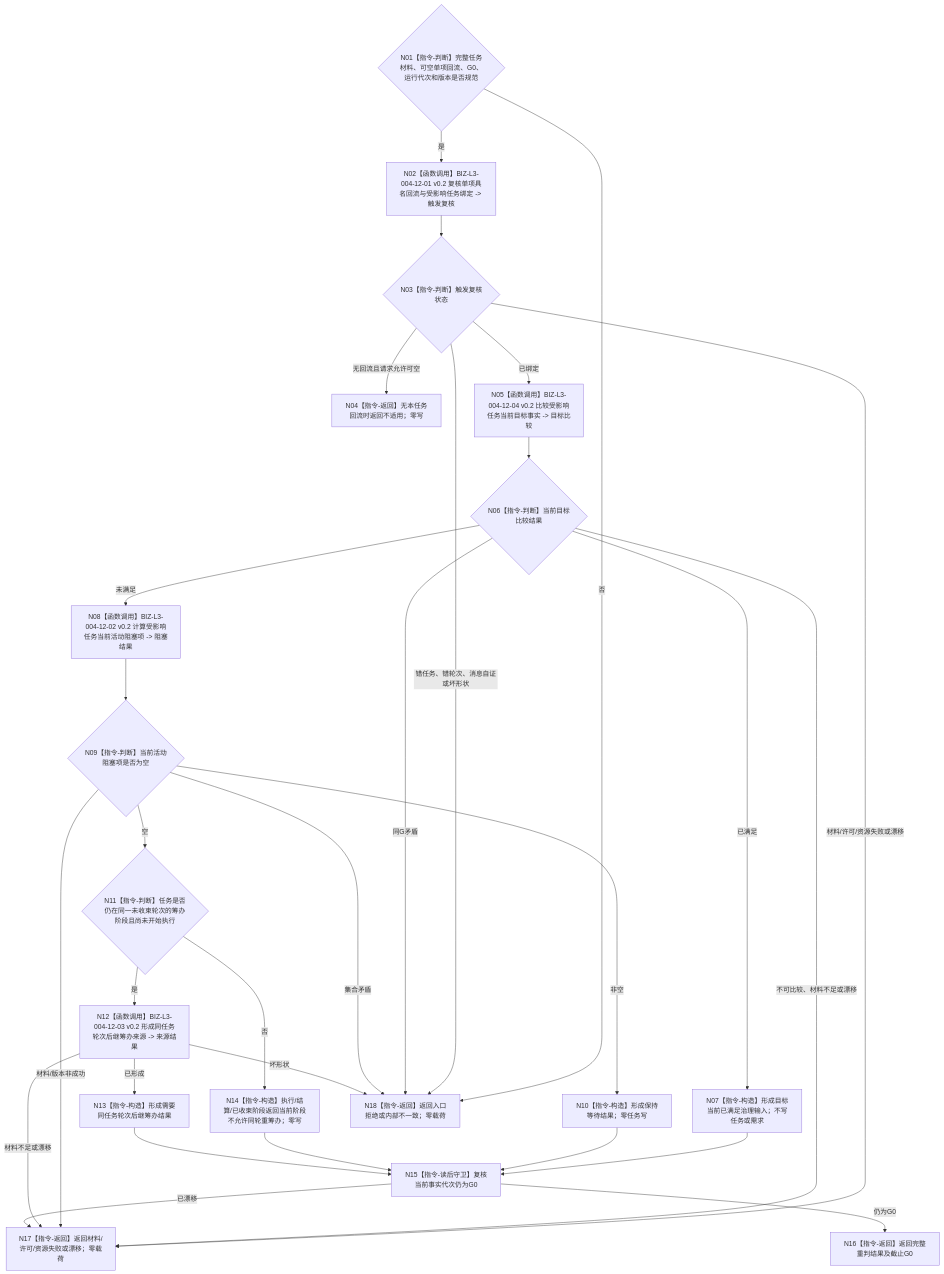
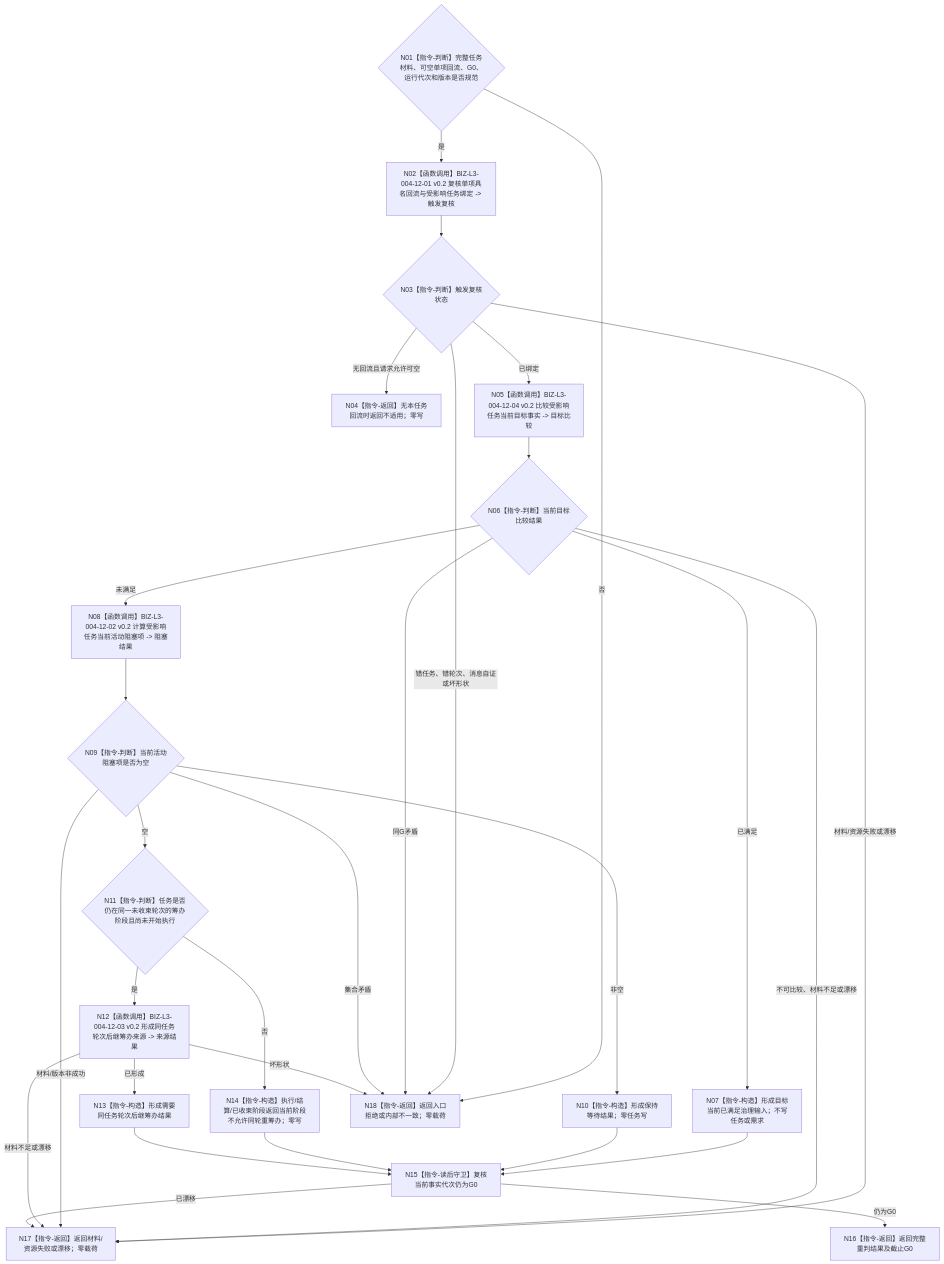
The diagram in 流程图/目标业务流程图/L2/BIZ-L2-004-12_按单项具名回流重判受影响任务_目标函数流程图_v0.2.md (chunhaizh-cyber/HY-Ego), drawn with Mermaid before and after one commit. The commit also changed other lines of this file and 15 other files, not shown here.

````diff
--- a/流程图/目标业务流程图/L2/BIZ-L2-004-12_按单项具名回流重判受影响任务_目标函数流程图_v0.2.md
+++ b/流程图/目标业务流程图/L2/BIZ-L2-004-12_按单项具名回流重判受影响任务_目标函数流程图_v0.2.md
@@ -37,43 +37,43 @@
 ```mermaid
 flowchart TD
     N01{"N01【指令-判断】完整任务材料、可空单项回流、G0、运行代次和版本是否规范"}
     N02["N02【函数调用】BIZ-L3-004-12-01 v0.2 复核单项具名回流与受影响任务绑定 -> 触发复核"]
     N03{"N03【指令-判断】触发复核状态"}
     N04["N04【指令-返回】无本任务回流时返回不适用；零写"]
     N05["N05【函数调用】BIZ-L3-004-12-04 v0.2 比较受影响任务当前目标事实 -> 目标比较"]
     N06{"N06【指令-判断】当前目标比较结果"}
     N07["N07【指令-构造】形成目标当前已满足治理输入；不写任务或需求"]
     N08["N08【函数调用】BIZ-L3-004-12-02 v0.2 计算受影响任务当前活动阻塞项 -> 阻塞结果"]
     N09{"N09【指令-判断】当前活动阻塞项是否为空"}
     N10["N10【指令-构造】形成保持等待结果；零任务写"]
     N11{"N11【指令-判断】任务是否仍在同一未收束轮次的筹办阶段且尚未开始执行"}
     N12["N12【函数调用】BIZ-L3-004-12-03 v0.2 形成同任务轮次后继筹办来源 -> 来源结果"]
     N13["N13【指令-构造】形成需要同任务轮次后继筹办结果"]
     N14["N14【指令-构造】执行/结算/已收束阶段返回当前阶段不允许同轮重筹办；零写"]
     N15["N15【指令-读后守卫】复核当前事实代次仍为G0"]
     N16["N16【指令-返回】返回完整重判结果及截止G0"]
-    N17["N17【指令-返回】返回材料/许可/资源失败或漂移；零载荷"]
+    N17["N17【指令-返回】返回材料/资源失败或漂移；零载荷"]
     N18["N18【指令-返回】返回入口拒绝或内部不一致；零载荷"]
 
     N01 -->|否| N18
     N01 -->|是| N02 --> N03
     N03 -->|无回流且请求允许可空| N04
-    N03 -->|材料/许可/资源失败或漂移| N17
+    N03 -->|材料/资源失败或漂移| N17
     N03 -->|错任务、错轮次、消息自证或坏形状| N18
     N03 -->|已绑定| N05 --> N06
     N06 -->|已满足| N07 --> N15
     N06 -->|不可比较、材料不足或漂移| N17
     N06 -->|同G矛盾| N18
     N06 -->|未满足| N08 --> N09
     N09 -->|非空| N10 --> N15
     N09 -->|空| N11
     N09 -->|材料/版本非成功| N17
     N09 -->|集合矛盾| N18
     N11 -->|否| N14 --> N15
     N11 -->|是| N12
     N12 -->|已形成| N13 --> N15
     N12 -->|材料不足或漂移| N17
     N12 -->|坏形状| N18
     N15 -->|已漂移| N17
     N15 -->|仍为G0| N16
 ```
````
